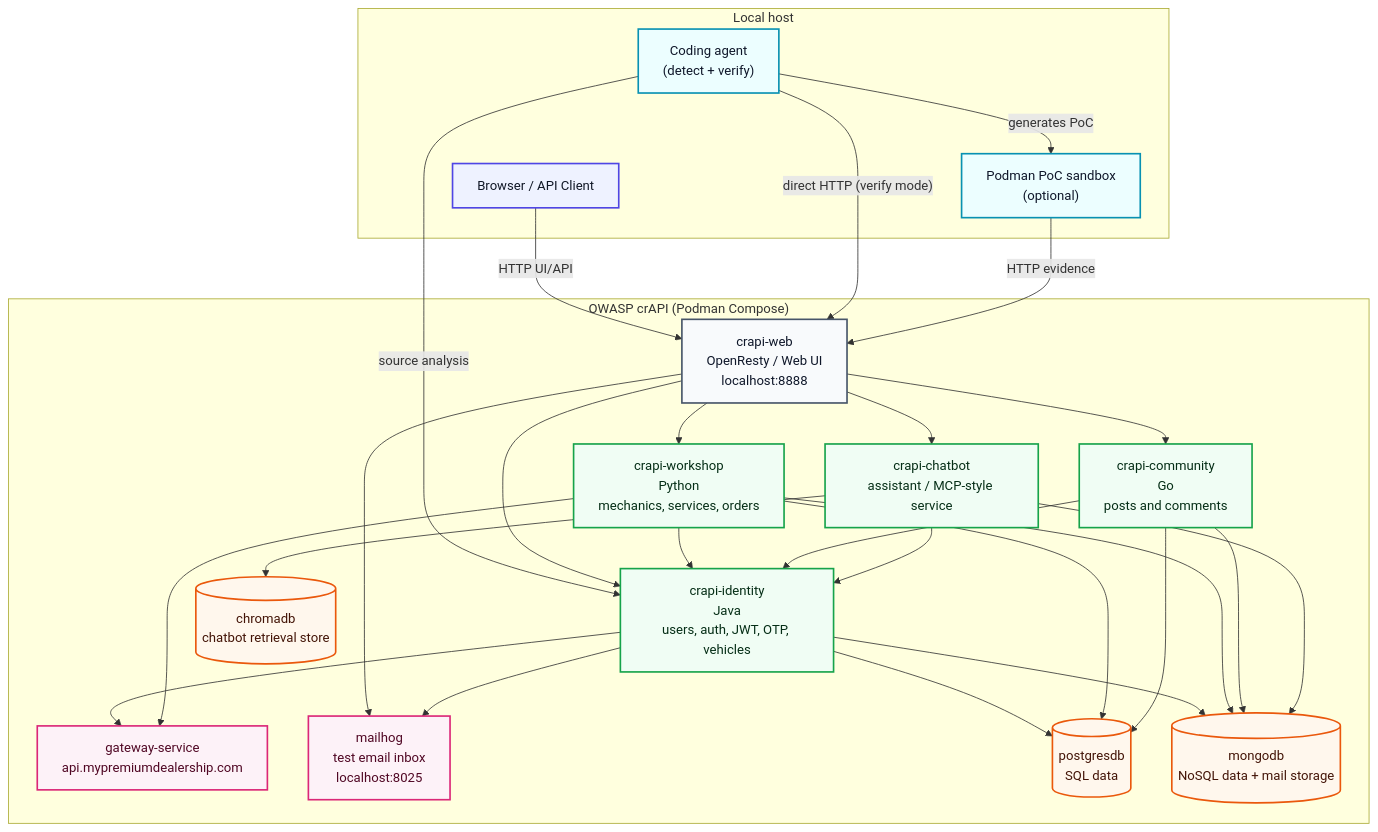
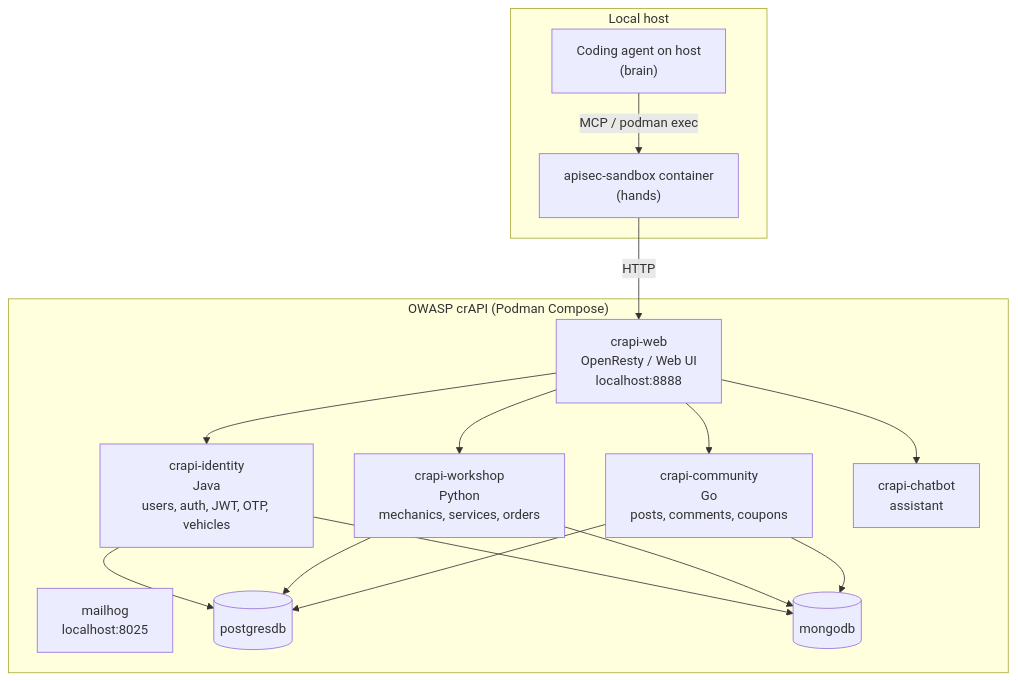
Before and after one commit to calasius/agentic-api-verifier: the diagram in README.md, drawn with Mermaid. The commit also changed other lines of this file and 17 other files, not shown here.

````diff
--- a/README.md
+++ b/README.md
@@ -63,69 +492,31 @@
 ```mermaid
 flowchart TB
-    user["Browser / API Client"]
-    agent["Coding agent<br/>(detect + verify)"]
-    sandbox["Podman PoC sandbox<br/>(optional)"]
-
     subgraph host["Local host"]
-        user
-        agent
-        sandbox
+        agent["Coding agent on host<br/>(brain)"]
+        sandbox["apisec-sandbox container<br/>(hands)"]
+        agent -- MCP / podman exec --> sandbox
     end
 
     subgraph crapi["OWASP crAPI (Podman Compose)"]
         web["crapi-web<br/>OpenResty / Web UI<br/>localhost:8888"]
         identity["crapi-identity<br/>Java<br/>users, auth, JWT, OTP, vehicles"]
         workshop["crapi-workshop<br/>Python<br/>mechanics, services, orders"]
-        community["crapi-community<br/>Go<br/>posts and comments"]
-        chatbot["crapi-chatbot<br/>assistant / MCP-style service"]
-        gateway["gateway-service<br/>api.mypremiumdealership.com"]
-        mailhog["mailhog<br/>test email inbox<br/>localhost:8025"]
-        postgres[("postgresdb<br/>SQL data")]
-        mongo[("mongodb<br/>NoSQL data + mail storage")]
-        chroma[("chromadb<br/>chatbot retrieval store")]
+        community["crapi-community<br/>Go<br/>posts, comments, coupons"]
+        chatbot["crapi-chatbot<br/>assistant"]
+        mailhog["mailhog<br/>localhost:8025"]
+        postgres[("postgresdb")]
+        mongo[("mongodb")]
     end
 
-    user -->|"HTTP UI/API"| web
-    agent -->|"source analysis"| identity
-    agent -->|"generates PoC"| sandbox
-    agent -->|"direct HTTP (verify mode)"| web
-    sandbox -->|"HTTP evidence"| web
-
+    sandbox -- HTTP --> web
     web --> identity
     web --> workshop
     web --> community
     web --> chatbot
-    web --> mailhog
-
     identity --> postgres
     identity --> mongo
-    identity --> mailhog
-    identity --> gateway
-
     workshop --> postgres
     workshop --> mongo
-    workshop --> identity
-    workshop --> gateway
-
     community --> postgres
     community --> mongo
-    community --> identity
-
-    chatbot --> identity
-    chatbot --> mongo
-    chatbot --> chroma
-
-    classDef external fill:#eef2ff,stroke:#4f46e5,color:#111827,stroke-width:2px;
-    classDef agentNode fill:#ecfeff,stroke:#0891b2,color:#0f172a,stroke-width:2px;
-    classDef edge fill:#f8fafc,stroke:#475569,color:#0f172a,stroke-width:2px;
-    classDef service fill:#f0fdf4,stroke:#16a34a,color:#052e16,stroke-width:2px;
-    classDef data fill:#fff7ed,stroke:#ea580c,color:#431407,stroke-width:2px;
-    classDef infra fill:#fdf2f8,stroke:#db2777,color:#500724,stroke-width:2px;
-
-    class user external;
-    class agent,sandbox agentNode;
-    class web edge;
-    class identity,workshop,community,chatbot service;
-    class postgres,mongo,chroma data;
-    class mailhog,gateway infra;
 ```
````
